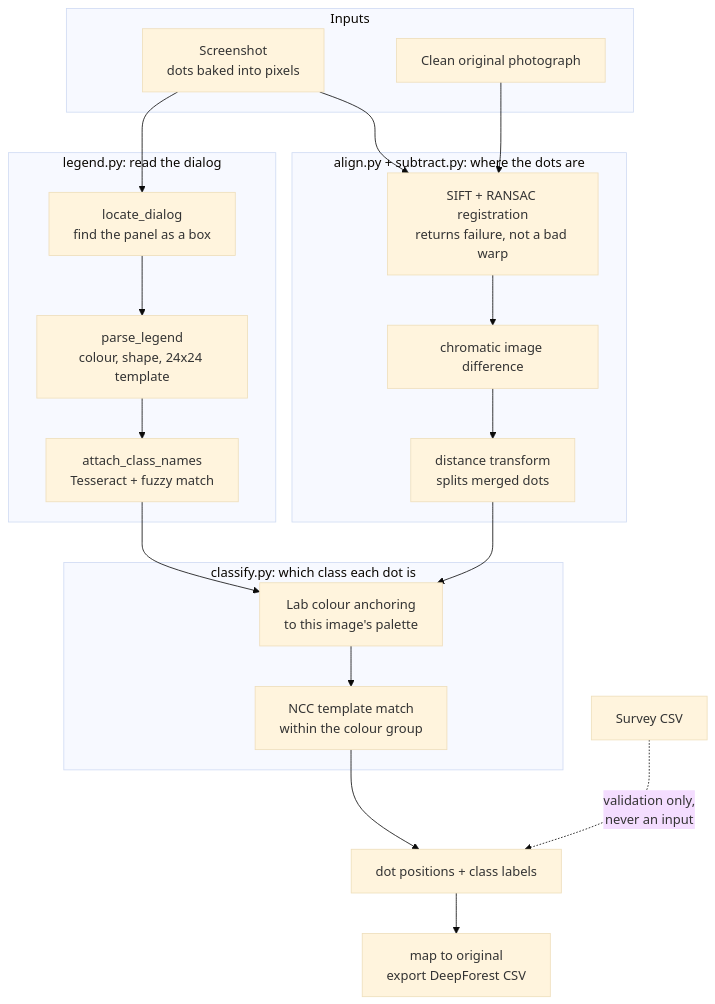
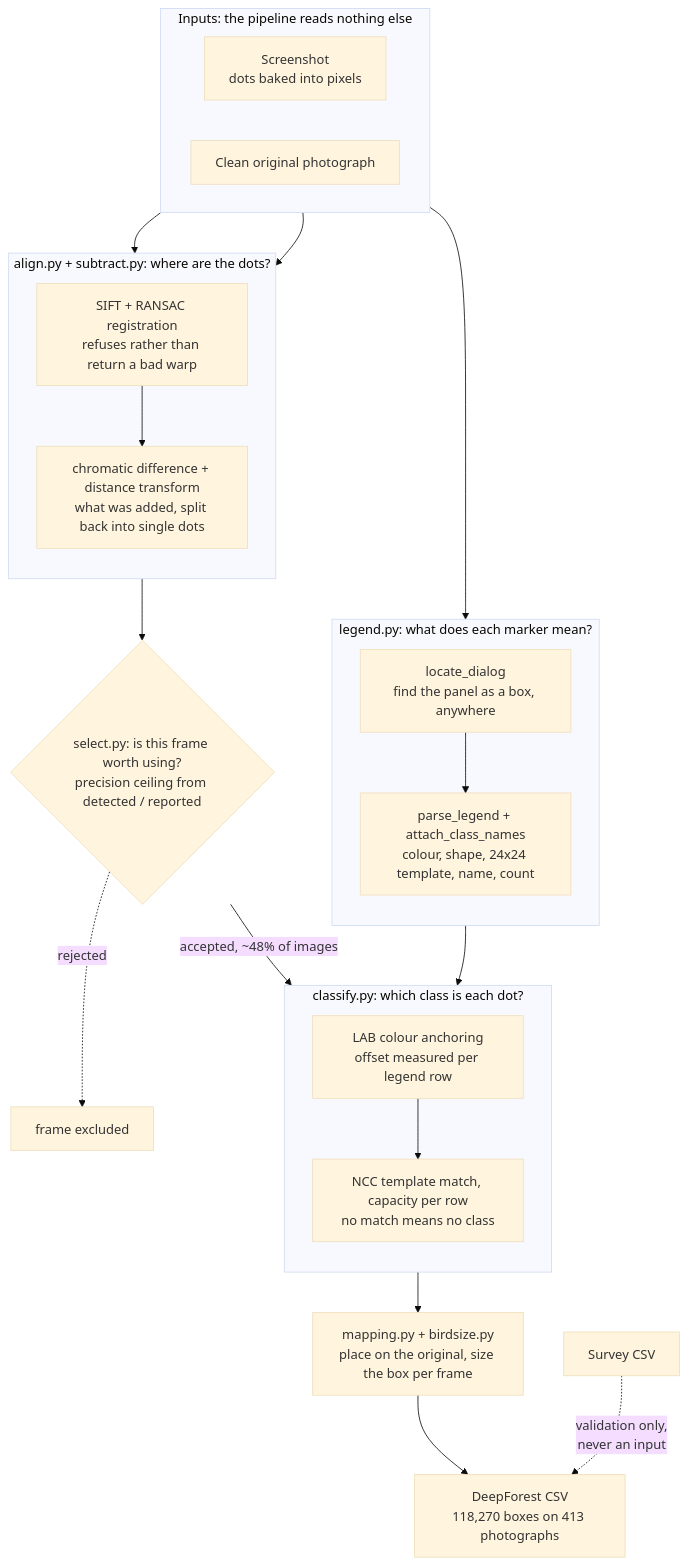
The diagram in README.md (vickysharma-prog/Recovering-computer-vision-annotations), drawn with Mermaid (base theme) before and after one commit. The commit also changed other lines of this file and 7 other files, not shown here.

````diff
--- a/README.md
+++ b/README.md
@@ -66,37 +70,45 @@
 ```mermaid
 flowchart TB
-    subgraph IN["Inputs"]
+    subgraph IN["Inputs: the pipeline reads nothing else"]
+        direction LR
         SS["Screenshot<br/>dots baked into pixels"]
         ORIG["Clean original photograph"]
     end
 
-    subgraph L["legend.py: read the dialog"]
-        LOC["locate_dialog<br/>find the panel as a box"]
-        PAR["parse_legend<br/>colour, shape, 24x24 template"]
-        OCR["attach_class_names<br/>Tesseract + fuzzy match"]
-        LOC --> PAR --> OCR
+    subgraph L["legend.py: what does each marker mean?"]
+        direction TB
+        LOC["locate_dialog<br/>find the panel as a box, anywhere"]
+        PAR["parse_legend + attach_class_names<br/>colour, shape, 24x24 template, name, count"]
+        LOC --> PAR
     end
 
-    subgraph D["align.py + subtract.py: where the dots are"]
-        SIFT["SIFT + RANSAC registration<br/>returns failure, not a bad warp"]
-        DIFF["chromatic image difference"]
-        SPLIT["distance transform<br/>splits merged dots"]
-        SIFT --> DIFF --> SPLIT
+    subgraph D["align.py + subtract.py: where are the dots?"]
+        direction TB
+        SIFT["SIFT + RANSAC registration<br/>refuses rather than return a bad warp"]
+        DIFF["chromatic difference + distance transform<br/>what was added, split back into single dots"]
+        SIFT --> DIFF
     end
 
-    subgraph C["classify.py: which class each dot is"]
-        LAB["Lab colour anchoring<br/>to this image's palette"]
-        NCC["NCC template match<br/>within the colour group"]
-        LAB --> NCC
+    SEL{"select.py: is this frame worth using?<br/>precision ceiling from detected / reported"}
+
+    subgraph C["classify.py: which class is each dot?"]
+        direction TB
+        LABC["LAB colour anchoring<br/>offset measured per legend row"]
+        NCC["NCC template match, capacity per row<br/>no match means no class"]
+        LABC --> NCC
     end
+
+    MAPN["mapping.py + birdsize.py<br/>place on the original, size the box per frame"]
+    OUT["DeepForest CSV<br/>118,270 boxes on 413 photographs"]
 
     SS --> LOC
     SS --> SIFT
     ORIG --> SIFT
-    SPLIT --> LAB
-    OCR --> LAB
-    NCC --> OUT["dot positions + class labels"]
-    OUT --> MAP["map to original<br/>export DeepForest CSV"]
-
-    CSV["Survey CSV"] -.->|"validation only,<br/>never an input"| OUT
+    DIFF --> SEL
+    SEL -->|"accepted, ~48% of images"| LABC
+    SEL -.->|"rejected"| DROP["frame excluded"]
+    PAR --> LABC
+    NCC --> MAPN
+    MAPN --> OUT
+    SURVEY["Survey CSV"] -.->|"validation only,<br/>never an input"| OUT
 ```
````
